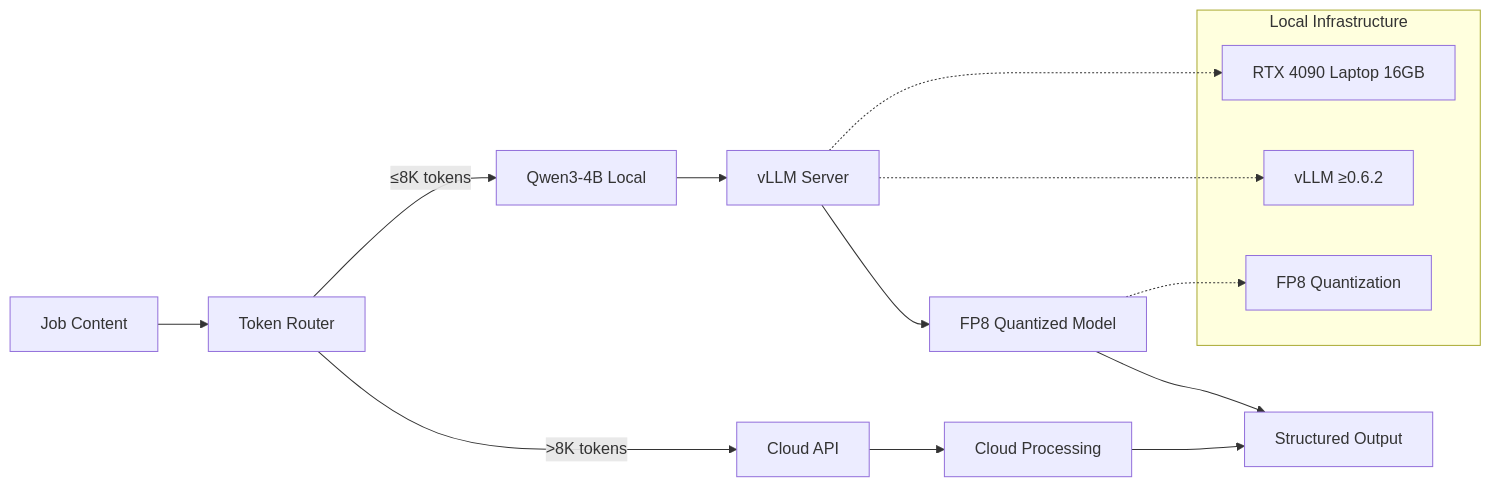
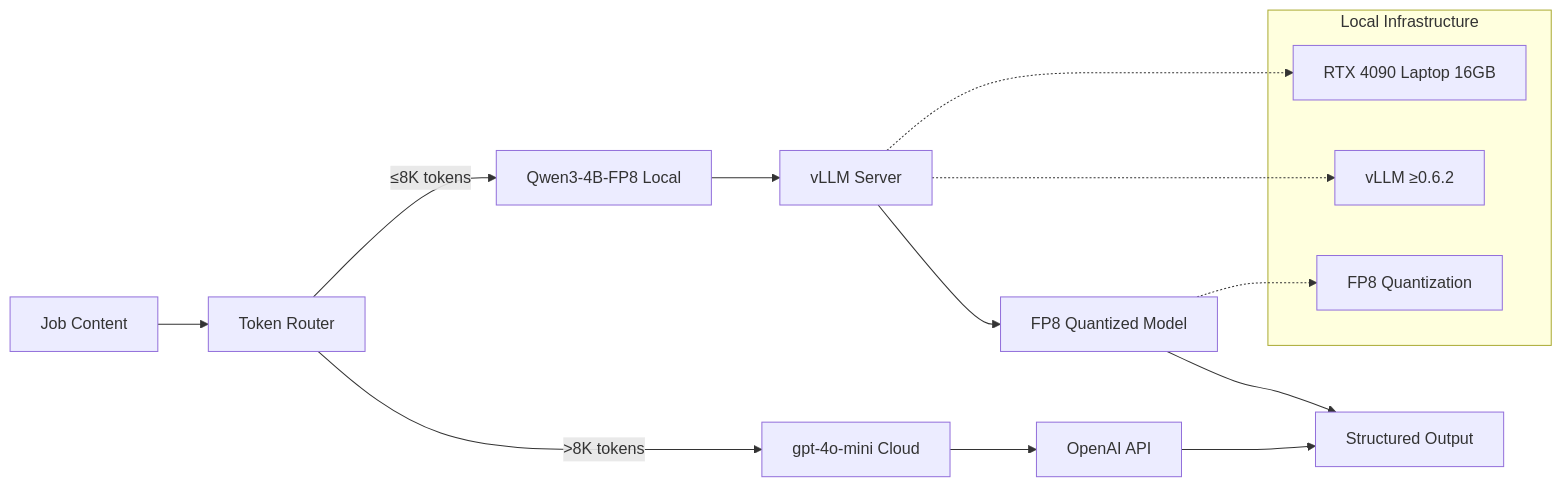
Before and after one commit to BjornMelin/ai-job-scraper: the second of 2 diagrams in docs/adrs/ADR-009-llm-selection-strategy.md, drawn with Mermaid. The commit also changed other lines of this file and 5 other files, not shown here.

First line of the commit message:
docs: simplify llm strategy to single local model with cloud fallback

````diff
--- a/docs/adrs/ADR-009-llm-selection-strategy.md
+++ b/docs/adrs/ADR-009-llm-selection-strategy.md
@@ -138,23 +138,23 @@
 ```mermaid
 graph LR
     A[Job Content] --> B[Token Router]
-    B -->|≤8K tokens| C[Qwen3-4B Local]
-    B -->|>8K tokens| D[Cloud API]
+    B -->|≤8K tokens| C[Qwen3-4B-FP8 Local]
+    B -->|>8K tokens| D[gpt-4o-mini Cloud]
     
     C --> E[vLLM Server]
     E --> F[FP8 Quantized Model]
     F --> G[Structured Output]
     
-    D --> H[Cloud Processing]
+    D --> H[OpenAI API]
     H --> G
     
     subgraph "Local Infrastructure"
         I[RTX 4090 Laptop 16GB]
         J[vLLM ≥0.6.2]
         K[FP8 Quantization]
     end
     
     E -.-> I
     E -.-> J
     F -.-> K
 ```
````
